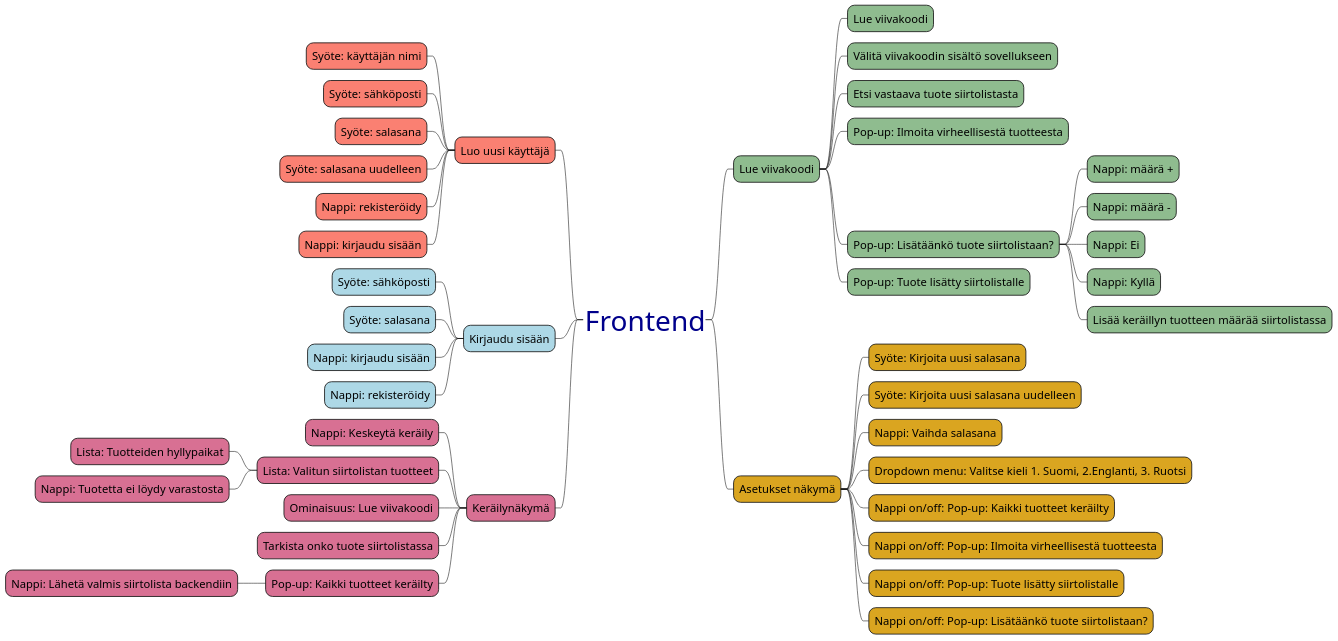
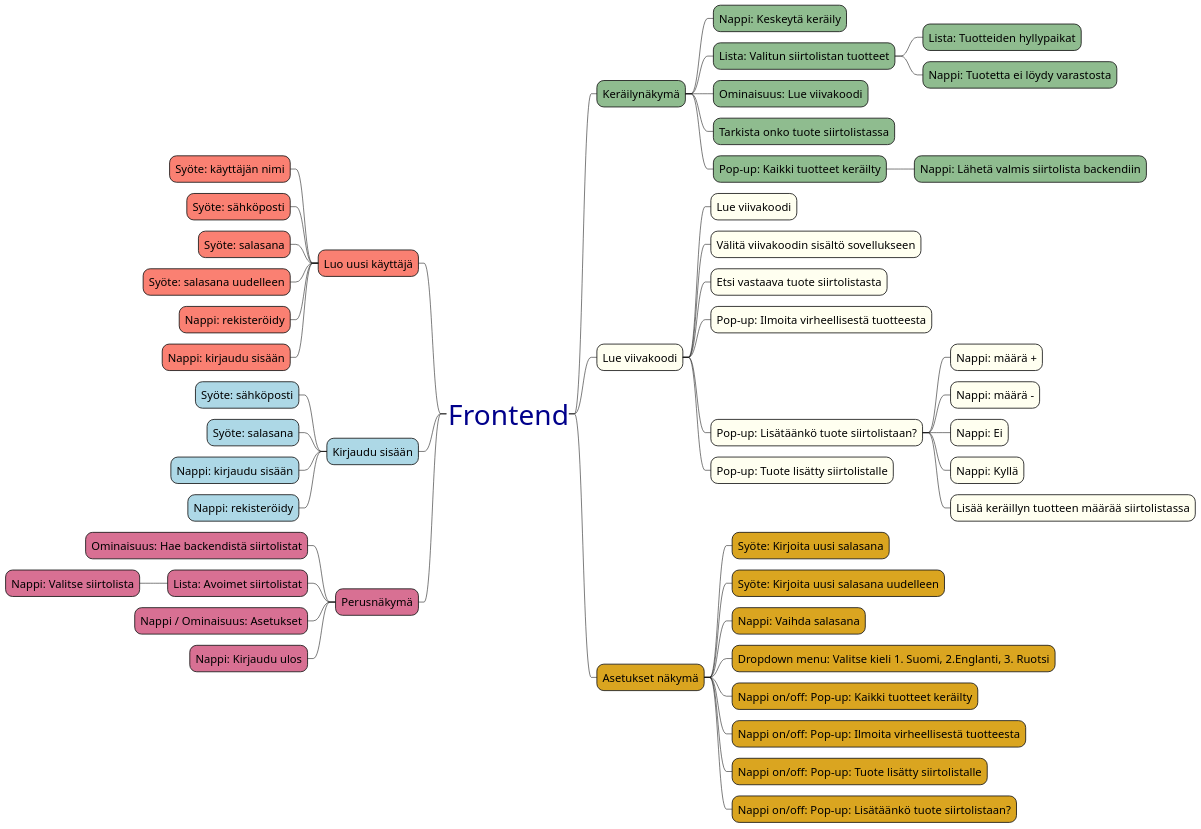
Before and after one commit to Pipe80/Varastonhallintasovellus: the third of 4 diagrams in requirements/vaatimusmaarittely.md, drawn with PlantUML. The commit also changed other lines of this file, not shown here.

Commit message:
Added 'Perusnäkymä' to frontend mindmap. Removed 'Vastaanota siirtolista' as it is already included in 'Hae backendistä siirtolistat'.

````diff
--- a/requirements/vaatimusmaarittely.md
+++ b/requirements/vaatimusmaarittely.md
@@ -186,63 +185,69 @@
 ```plantuml
 @startmindmap
 <style>
 mindmapDiagram {
   node {
     FontColor darkblue
     FontSize 50    
   }
 }
 </style>
 +_ Frontend
 <style>
 mindmapDiagram {
   node {
     FontColor black
     FontSize 20
   }
 }
 </style>
 --[#Salmon] Luo uusi käyttäjä
 ---[#Salmon] Syöte: käyttäjän nimi
 ---[#Salmon] Syöte: sähköposti
 ---[#Salmon] Syöte: salasana
 ---[#Salmon] Syöte: salasana uudelleen
 ---[#Salmon] Nappi: rekisteröidy
 ---[#Salmon] Nappi: kirjaudu sisään
 --[#LightBlue] Kirjaudu sisään
 ---[#LightBlue] Syöte: sähköposti
 ---[#LightBlue] Syöte: salasana
 ---[#LightBlue] Nappi: kirjaudu sisään
 ---[#LightBlue] Nappi: rekisteröidy
---[#PaleVioletRed] Keräilynäkymä
----[#PaleVioletRed] Nappi: Keskeytä keräily
----[#PaleVioletRed] Lista: Valitun siirtolistan tuotteet
-----[#PaleVioletRed] Lista: Tuotteiden hyllypaikat
-----[#PaleVioletRed] Nappi: Tuotetta ei löydy varastosta
----[#PaleVioletRed] Ominaisuus: Lue viivakoodi
----[#PaleVioletRed] Tarkista onko tuote siirtolistassa
----[#PaleVioletRed] Pop-up: Kaikki tuotteet keräilty
-----[#PaleVioletRed] Nappi: Lähetä valmis siirtolista backendiin
-++[#DarkSeaGreen] Lue viivakoodi
-+++[#DarkSeaGreen] Lue viivakoodi
-+++[#DarkSeaGreen] Välitä viivakoodin sisältö sovellukseen
-+++[#DarkSeaGreen] Etsi vastaava tuote siirtolistasta
-+++[#DarkSeaGreen] Pop-up: Ilmoita virheellisestä tuotteesta
-+++[#DarkSeaGreen] Pop-up: Lisätäänkö tuote siirtolistaan?
-++++[#DarkSeaGreen] Nappi: määrä +
-++++[#DarkSeaGreen] Nappi: määrä -
-++++[#DarkSeaGreen] Nappi: Ei
-++++[#DarkSeaGreen] Nappi: Kyllä
-++++[#DarkSeaGreen] Lisää keräillyn tuotteen määrää siirtolistassa
-+++[#DarkSeaGreen] Pop-up: Tuote lisätty siirtolistalle
+--[#PaleVioletRed] Perusnäkymä
+---[#PaleVioletRed] Ominaisuus: Hae backendistä siirtolistat
+---[#PaleVioletRed] Lista: Avoimet siirtolistat
+----[#PaleVioletRed] Nappi: Valitse siirtolista
+---[#PaleVioletRed] Nappi / Ominaisuus: Asetukset
+---[#PaleVioletRed] Nappi: Kirjaudu ulos
+++[#DarkSeaGreen] Keräilynäkymä
++++[#DarkSeaGreen] Nappi: Keskeytä keräily
++++[#DarkSeaGreen] Lista: Valitun siirtolistan tuotteet
+++++[#DarkSeaGreen] Lista: Tuotteiden hyllypaikat
+++++[#DarkSeaGreen] Nappi: Tuotetta ei löydy varastosta
++++[#DarkSeaGreen] Ominaisuus: Lue viivakoodi
++++[#DarkSeaGreen] Tarkista onko tuote siirtolistassa
++++[#DarkSeaGreen] Pop-up: Kaikki tuotteet keräilty
+++++[#DarkSeaGreen] Nappi: Lähetä valmis siirtolista backendiin
+++[#Ivory] Lue viivakoodi
++++[#Ivory] Lue viivakoodi
++++[#Ivory] Välitä viivakoodin sisältö sovellukseen
++++[#Ivory] Etsi vastaava tuote siirtolistasta
++++[#Ivory] Pop-up: Ilmoita virheellisestä tuotteesta
++++[#Ivory] Pop-up: Lisätäänkö tuote siirtolistaan?
+++++[#Ivory] Nappi: määrä +
+++++[#Ivory] Nappi: määrä -
+++++[#Ivory] Nappi: Ei
+++++[#Ivory] Nappi: Kyllä
+++++[#Ivory] Lisää keräillyn tuotteen määrää siirtolistassa
++++[#Ivory] Pop-up: Tuote lisätty siirtolistalle
 ++[#GoldenRod] Asetukset näkymä
 +++[#GoldenRod] Syöte: Kirjoita uusi salasana
 +++[#GoldenRod] Syöte: Kirjoita uusi salasana uudelleen
 +++[#GoldenRod] Nappi: Vaihda salasana
 +++[#GoldenRod] Dropdown menu: Valitse kieli 1. Suomi, 2.Englanti, 3. Ruotsi
 +++[#GoldenRod] Nappi on/off: Pop-up: Kaikki tuotteet keräilty
 +++[#GoldenRod] Nappi on/off: Pop-up: Ilmoita virheellisestä tuotteesta
 +++[#GoldenRod] Nappi on/off: Pop-up: Tuote lisätty siirtolistalle
 +++[#GoldenRod] Nappi on/off: Pop-up: Lisätäänkö tuote siirtolistaan?
 @endmindmap
 ```
````
